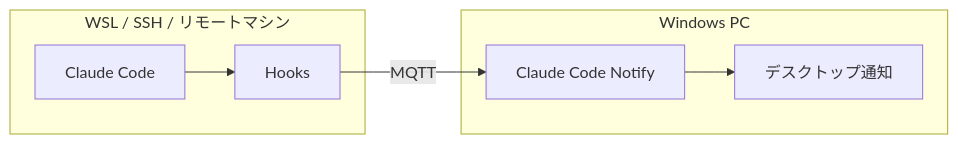
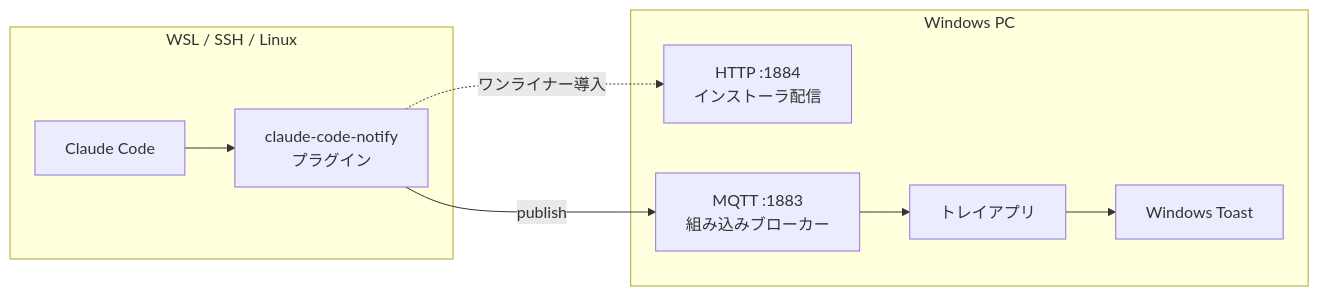
Before and after one commit to hexylab/claude-code-notify: the diagram in README.md, drawn with Mermaid. The commit also changed other lines of this file and 10 other files, not shown here.

First line of the commit message:
v0.4.0: Claude Code プラグイン方式への刷新と macOS サポート削除

````diff
--- a/README.md
+++ b/README.md
@@ -26,16 +82,20 @@
 ```mermaid
 flowchart LR
-    subgraph Remote["WSL / SSH / リモートマシン"]
+    subgraph Remote["WSL / SSH / Linux"]
         CC[Claude Code]
-        Hook[Hooks]
+        Plugin["claude-code-notify<br/>プラグイン"]
     end
 
-    subgraph Windows["Windows PC"]
-        App[Claude Code Notify]
-        Notif[デスクトップ通知]
+    subgraph Win["Windows PC"]
+        HTTP["HTTP :1884<br/>インストーラ配信"]
+        MQTT["MQTT :1883<br/>組み込みブローカー"]
+        App[トレイアプリ]
+        Toast[Windows Toast]
     end
 
-    CC --> Hook
-    Hook -->|MQTT| App
-    App --> Notif
+    CC --> Plugin
+    Plugin -. ワンライナー導入 .-> HTTP
+    Plugin -->|publish| MQTT
+    MQTT --> App
+    App --> Toast
 ```
````
